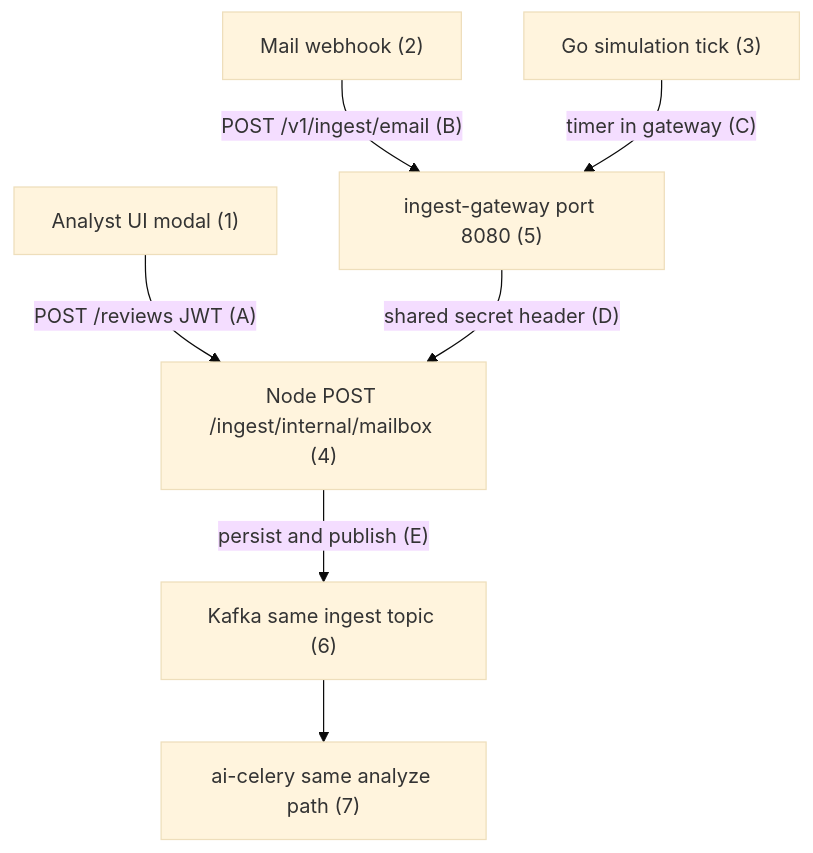
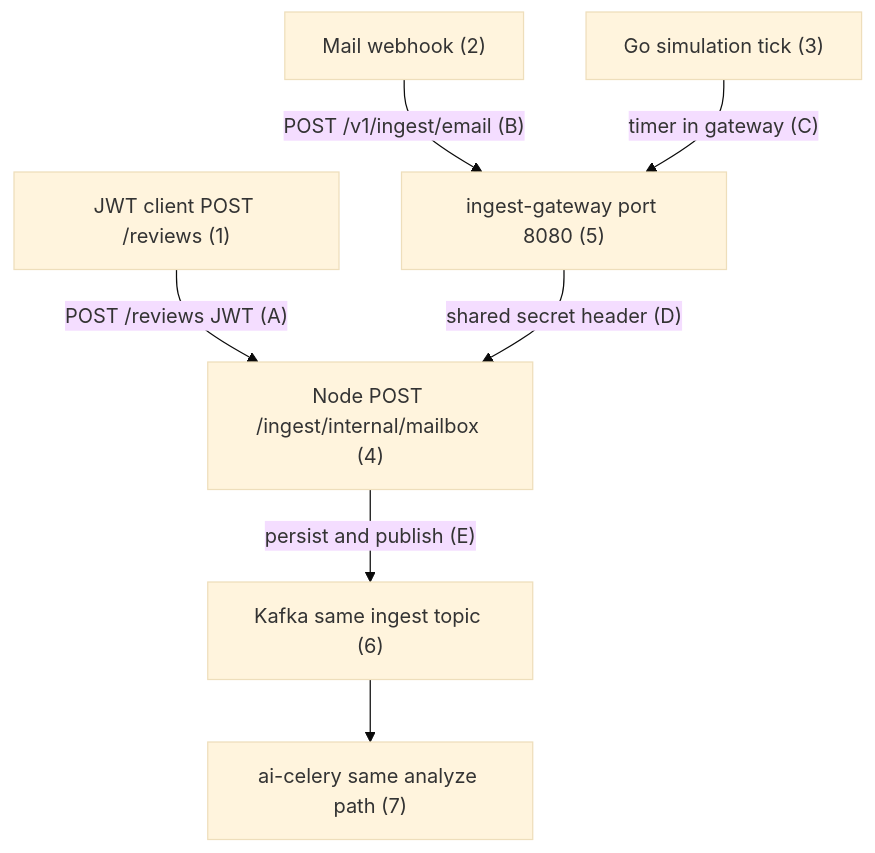
One commit to OferElboher/suspicious-email-triage changed the diagram in docs/diagrams/system-flow-03-mailbox-ingest.mmd. Above: the diagram before and after it, drawn with Mermaid (base theme).

Commit message:
Sync mailbox ingest diagram label with flowchart doc.
Use JWT client POST /reviews for manual triage entry path.

```diff
--- a/docs/diagrams/system-flow-03-mailbox-ingest.mmd
+++ b/docs/diagrams/system-flow-03-mailbox-ingest.mmd
@@ -1,15 +1,15 @@
 flowchart TB
-  P1["Analyst UI modal (1)"]
+  P1["JWT client POST /reviews (1)"]
   P2["Mail webhook (2)"]
   P3["Go simulation tick (3)"]
   API["Node POST /ingest/internal/mailbox (4)"]
   GW["ingest-gateway port 8080 (5)"]
   K["Kafka same ingest topic (6)"]
   CEL["ai-celery same analyze path (7)"]
 
   P1 -->|"POST /reviews JWT (A)"| API
   P2 -->|"POST /v1/ingest/email (B)"| GW
   P3 -->|"timer in gateway (C)"| GW
   GW -->|"shared secret header (D)"| API
   API -->|"persist and publish (E)"| K
   K --> CEL
```
